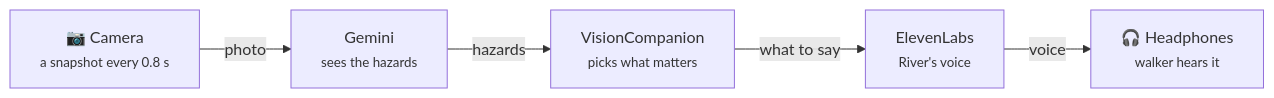
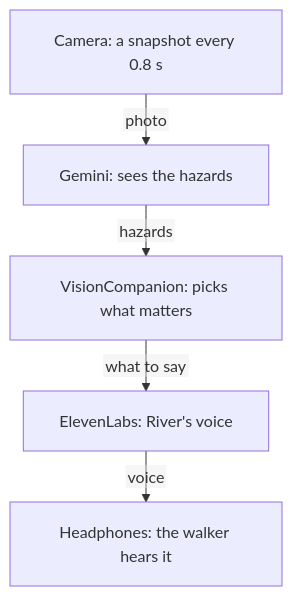
Before and after one commit to dkabduli/SeeWalk: the diagram in README.md, drawn with Mermaid.

Commit message:
Stop the overview diagram from clipping its labels.

````diff
--- a/README.md
+++ b/README.md
@@ -18,7 +18,8 @@
 ```mermaid
-flowchart LR
-    A["📷 Camera<br/><small>a snapshot every 0.8 s</small>"] -- photo --> B["Gemini<br/><small>sees the hazards</small>"]
-    B -- hazards --> C["VisionCompanion<br/><small>picks what matters</small>"]
-    C -- what to say --> D["ElevenLabs<br/><small>River's voice</small>"]
-    D -- voice --> E["🎧 Headphones<br/><small>walker hears it</small>"]
+%%{init: {"flowchart": {"htmlLabels": false, "padding": 18, "nodeSpacing": 24, "rankSpacing": 28}}}%%
+flowchart TB
+    A["Camera: a snapshot every 0.8 s"] -->|photo| B["Gemini: sees the hazards"]
+    B -->|hazards| C["VisionCompanion: picks what matters"]
+    C -->|what to say| D["ElevenLabs: River's voice"]
+    D -->|voice| E["Headphones: the walker hears it"]
 ```
````
